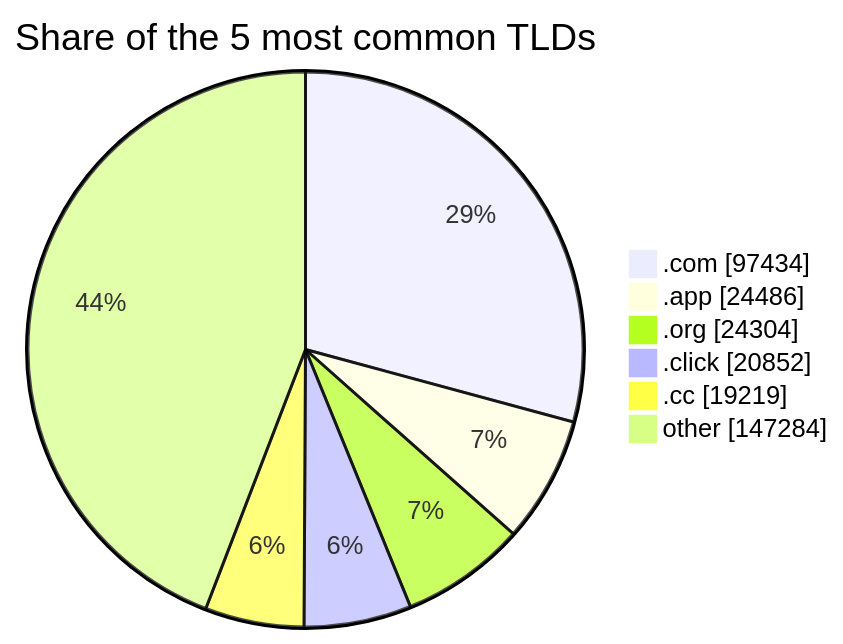
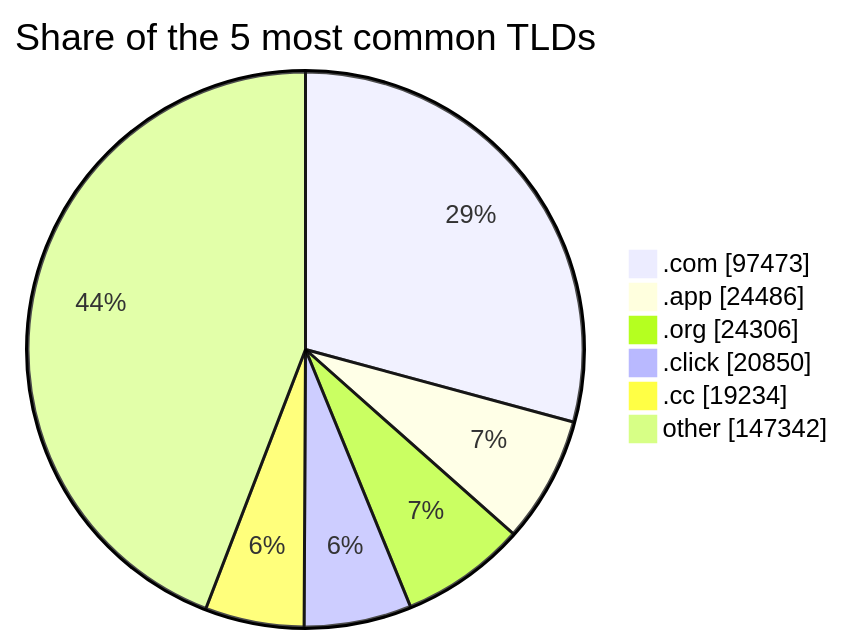
The third of 3 diagrams in README.md (DNSBunker/CTI), drawn with Mermaid before and after one commit. The commit also changed other lines of this file and 4 other files, not shown here.

````diff
--- a/README.md
+++ b/README.md
@@ -81,9 +81,9 @@
 ```mermaid
 pie showData title Share of the 5 most common TLDs
-    ".com" : 97434
+    ".com" : 97473
     ".app" : 24486
-    ".org" : 24304
-    ".click" : 20852
-    ".cc" : 19219
-    "other" : 147284
+    ".org" : 24306
+    ".click" : 20850
+    ".cc" : 19234
+    "other" : 147342
 ```
````
